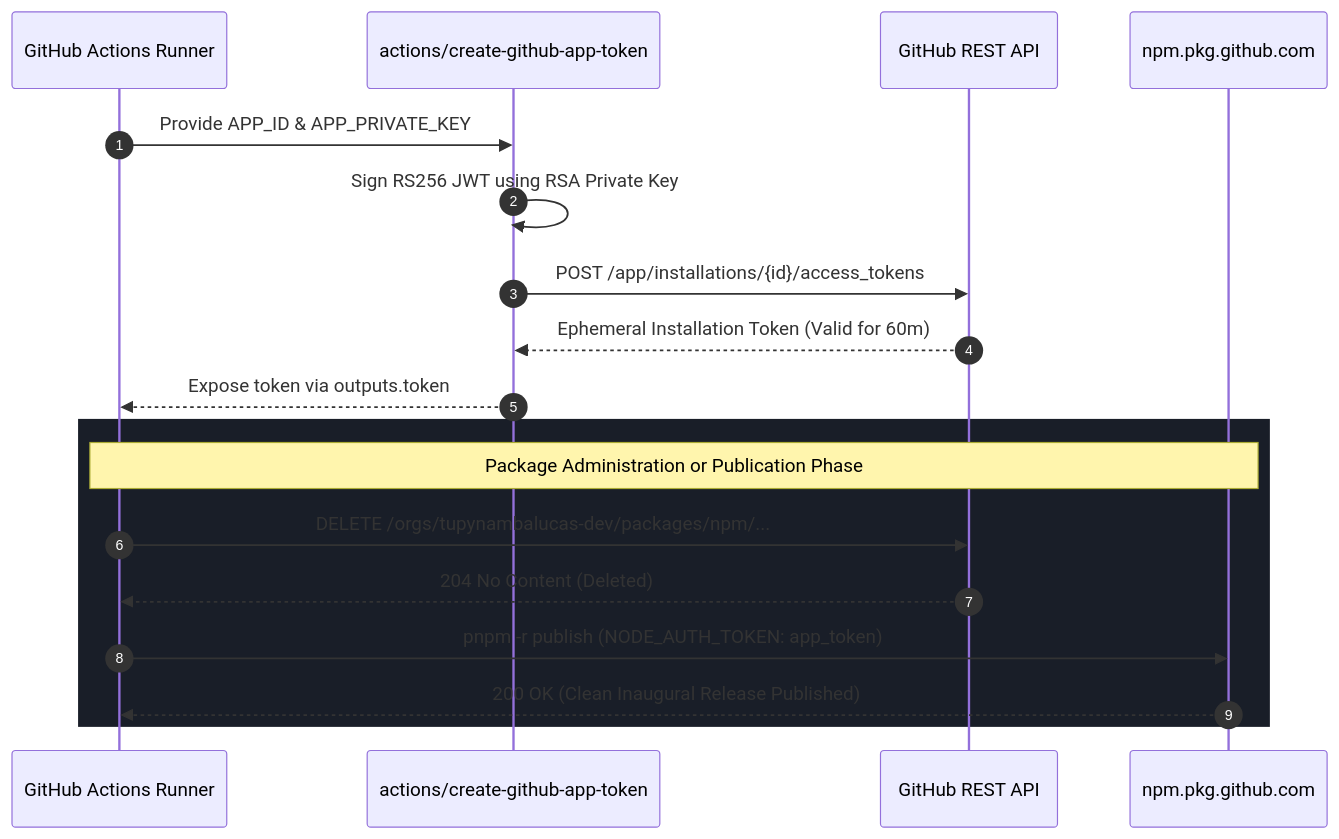
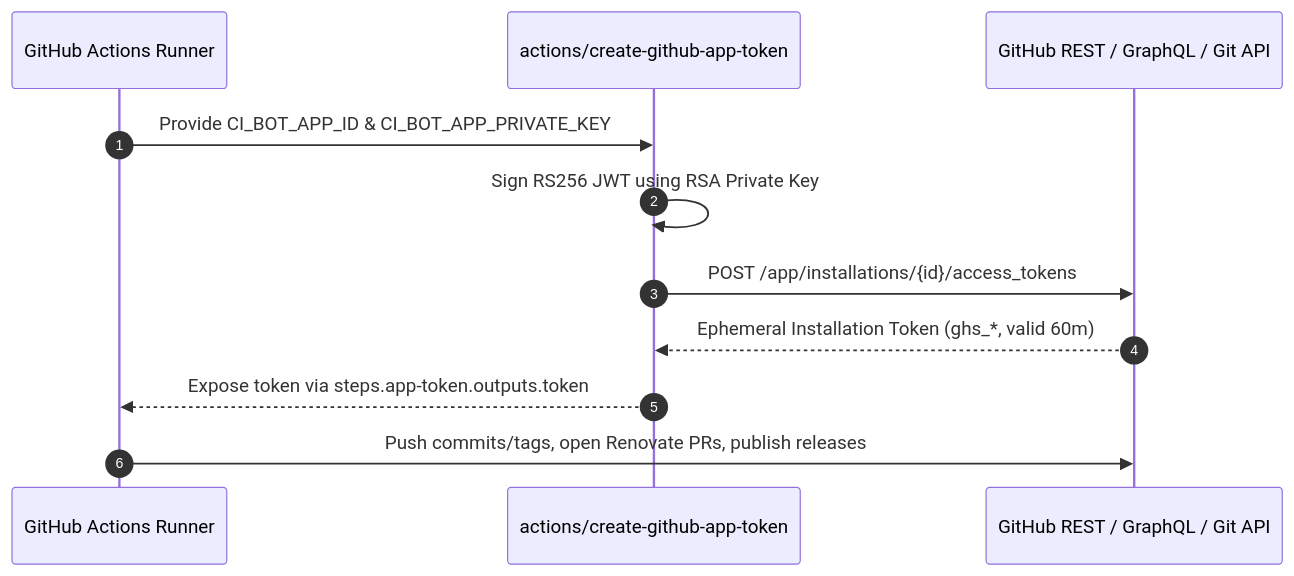
Before and after one commit to tupynambalucas-dev/agent-mesh: the second of 2 diagrams in .agents/plans/github-app-machine-identity-and-token-governance-strategy.md, drawn with Mermaid. The commit also changed other lines of this file and 3 other files, not shown here.

Commit message:
fix(ci): reconcile package registry and purge obsolete packages (#42)

````diff
--- a/.agents/plans/github-app-machine-identity-and-token-governance-strategy.md
+++ b/.agents/plans/github-app-machine-identity-and-token-governance-strategy.md
@@ -58,22 +79,14 @@
 ```mermaid
 sequenceDiagram
     autonumber
     participant Runner as GitHub Actions Runner
     participant Action as actions/create-github-app-token
-    participant GitHubAPI as GitHub REST API
-    participant Registry as npm.pkg.github.com
+    participant GitHubAPI as GitHub REST / GraphQL / Git API
 
-    Runner->>Action: Provide APP_ID & APP_PRIVATE_KEY
+    Runner->>Action: Provide CI_BOT_APP_ID & CI_BOT_APP_PRIVATE_KEY
     Action->>Action: Sign RS256 JWT using RSA Private Key
     Action->>GitHubAPI: POST /app/installations/{id}/access_tokens
-    GitHubAPI-->>Action: Ephemeral Installation Token (Valid for 60m)
-    Action-->>Runner: Expose token via outputs.token
-    
-    rect rgb(25, 30, 40)
-        Note over Runner,Registry: Package Administration or Publication Phase
-        Runner->>GitHubAPI: DELETE /orgs/tupynambalucas-dev/packages/npm/...
-        GitHubAPI-->>Runner: 204 No Content (Deleted)
-        Runner->>Registry: pnpm -r publish (NODE_AUTH_TOKEN: app_token)
-        Registry-->>Runner: 200 OK (Clean Inaugural Release Published)
-    end
+    GitHubAPI-->>Action: Ephemeral Installation Token (ghs_*, valid 60m)
+    Action-->>Runner: Expose token via steps.app-token.outputs.token
+    Runner->>GitHubAPI: Push commits/tags, open Renovate PRs, publish releases
 ```
````
